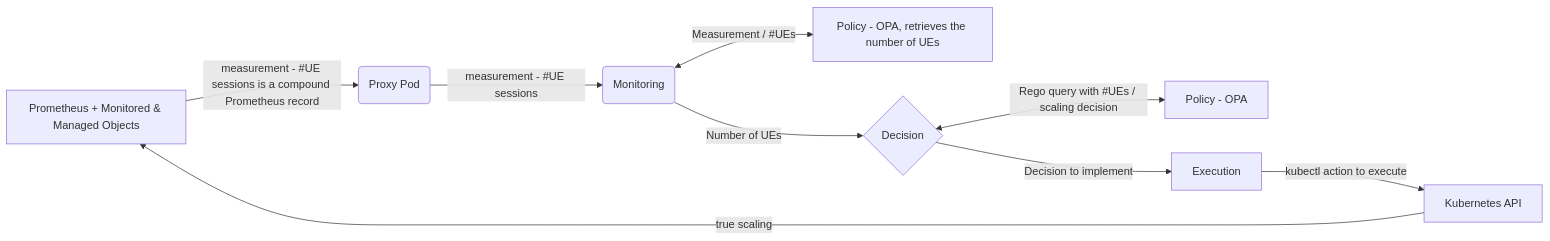
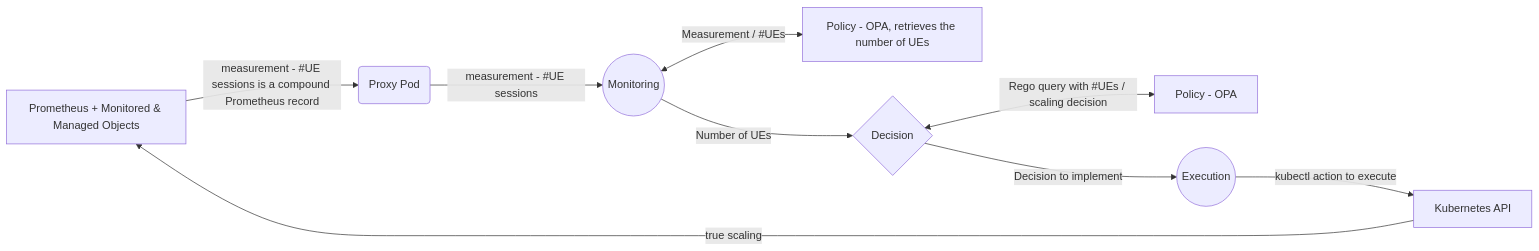
One commit to dbursztynowski/cl_demo changed the diagram in README2.md. Above: the diagram before and after it, drawn with Mermaid.

````diff
--- a/README2.md
+++ b/README2.md
@@ -7,11 +7,11 @@
 ```mermaid
 flowchart LR
 M[Prometheus + Monitored & Managed Objects] -->|measurement - #UE sessions is a compound Prometheus record| X(Proxy Pod)
-X -->|measurement - #UE sessions| A(Monitoring)
+X -->|measurement - #UE sessions| A((Monitoring))
 A <-->|Measurement / #UEs| P[Policy - OPA, retrieves the number of UEs]
 A -->|Number of UEs| B{Decision}
 B <-->|Rego query with #UEs / scaling decision| C[Policy - OPA]
-B -->|Decision to implement| D[Execution]
+B -->|Decision to implement| D((Execution))
 D -->|kubectl action to execute| K[Kubernetes API]
 K -->|true scaling| M
 ```
````
